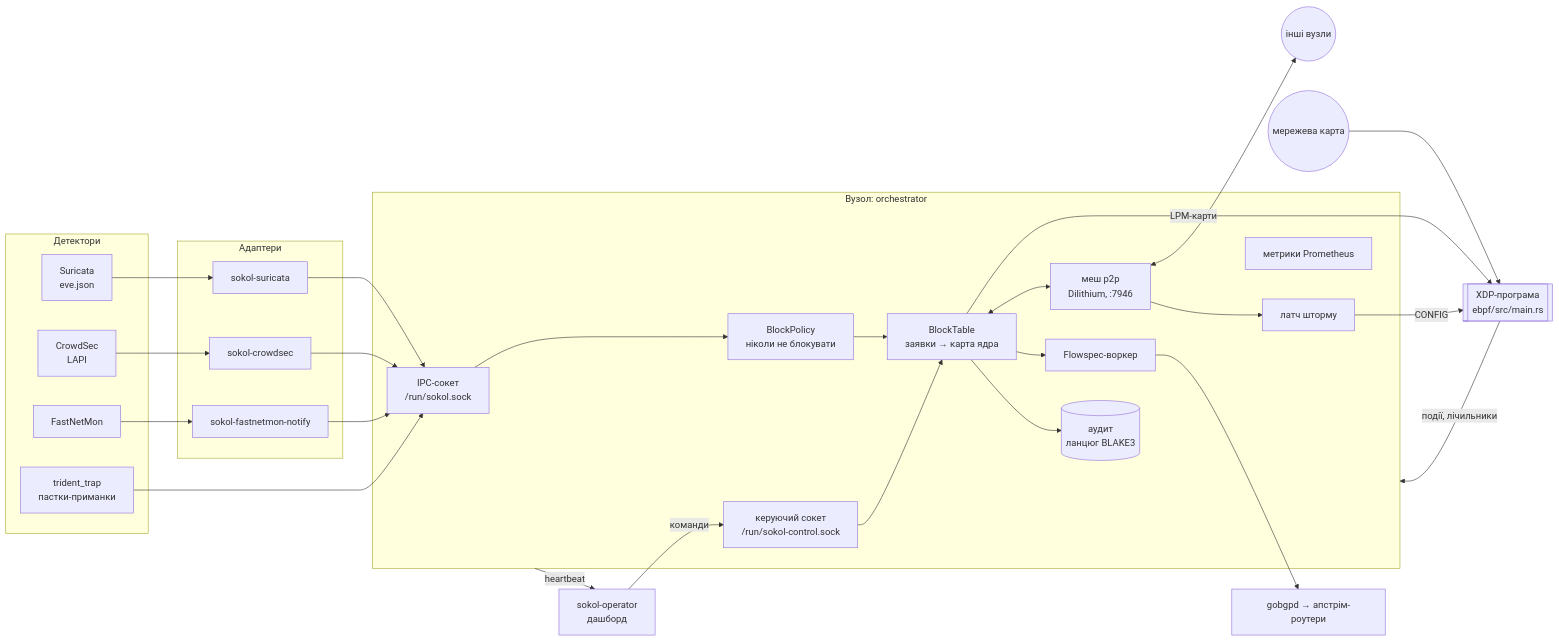
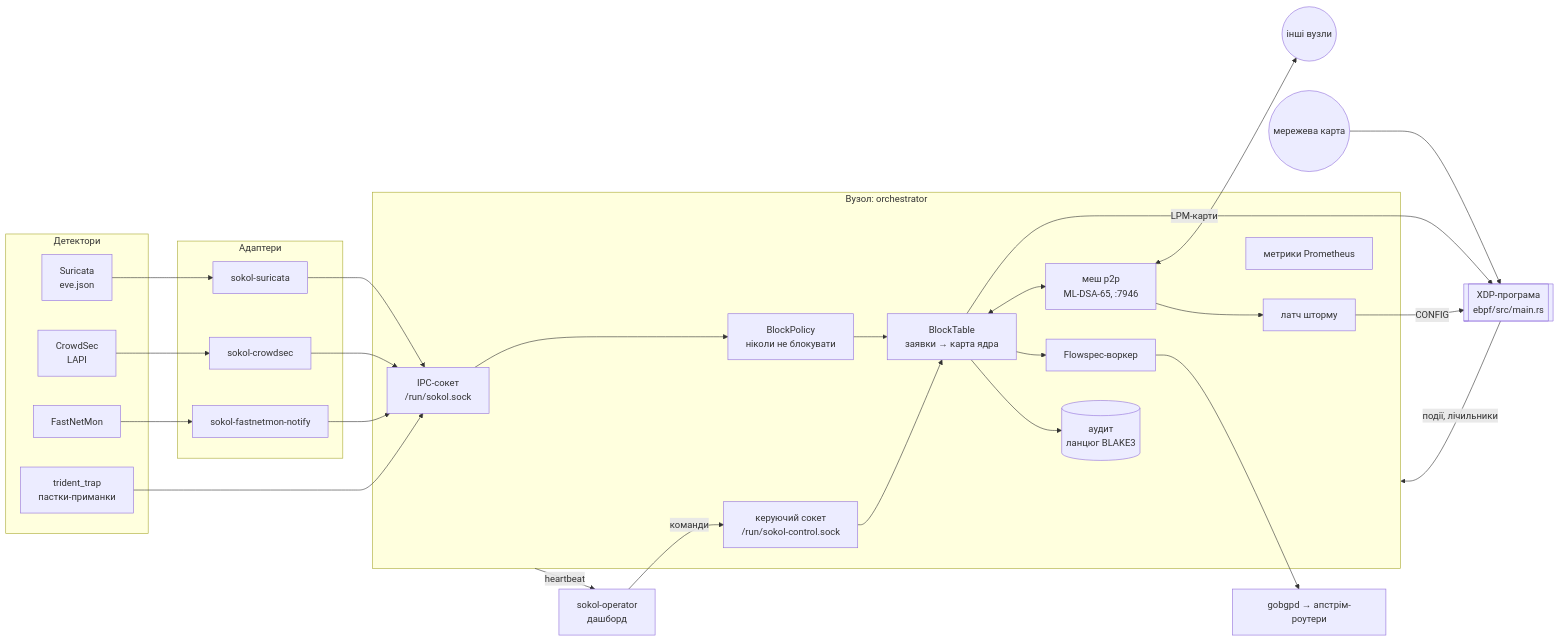
Before and after one commit to ValkyrieSentinel/sokol-core: the first of 5 diagrams in ARCHITECTURE.md, drawn with Mermaid. The commit also changed other lines of this file and 7 other files, not shown here.

First line of the commit message:
feat(mesh): protocol v2 — ML-DSA-65 (FIPS 204), versioned wire format

````diff
--- a/ARCHITECTURE.md
+++ b/ARCHITECTURE.md
@@ -55,49 +55,49 @@
 ```mermaid
 flowchart LR
     subgraph Detectors["Детектори"]
         SUR["Suricata<br/>eve.json"]
         CS[CrowdSec<br/>LAPI]
         FNM[FastNetMon]
         TRAP[trident_trap<br/>пастки-приманки]
     end
 
     subgraph Adapters["Адаптери"]
         SA[sokol-suricata]
         CA[sokol-crowdsec]
         FA[sokol-fastnetmon-notify]
     end
 
     subgraph Node["Вузол: orchestrator"]
         IPC["IPC-сокет<br/>/run/sokol.sock"]
         CTL["керуючий сокет<br/>/run/sokol-control.sock"]
         POL[BlockPolicy<br/>ніколи не блокувати]
         BT[BlockTable<br/>заявки → карта ядра]
         AUD[(аудит<br/>ланцюг BLAKE3)]
-        MESH[меш p2p<br/>Dilithium, :7946]
+        MESH[меш p2p<br/>ML-DSA-65, :7946]
         FS[Flowspec-воркер]
         LATCH[латч шторму]
         MET["метрики Prometheus"]
     end
 
     XDP[["XDP-програма<br/>ebpf/src/main.rs"]]
     NIC((мережева карта))
     GOBGP[gobgpd → апстрім-роутери]
     OP[sokol-operator<br/>дашборд]
     PEERS((інші вузли))
 
     SUR --> SA --> IPC
     CS --> CA --> IPC
     FNM --> FA --> IPC
     TRAP --> IPC
     IPC --> POL --> BT
     CTL --> BT
     BT -->|LPM-карти| XDP
     NIC --> XDP
     XDP -->|події, лічильники| Node
     BT <--> MESH <--> PEERS
     MESH --> LATCH -->|CONFIG| XDP
     BT --> FS --> GOBGP
     BT --> AUD
     OP -->|команди| CTL
     Node -->|heartbeat| OP
 ```
````
